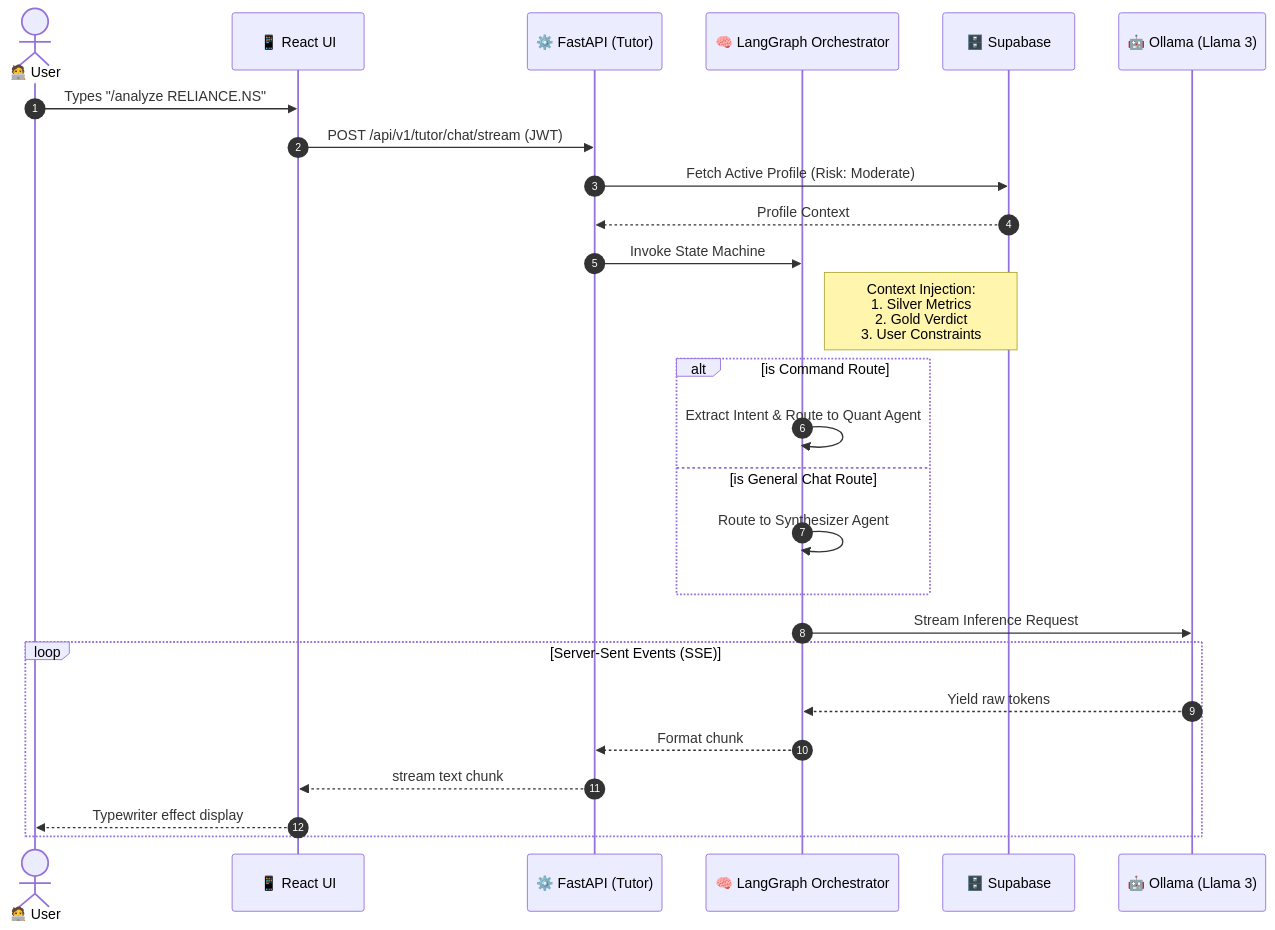
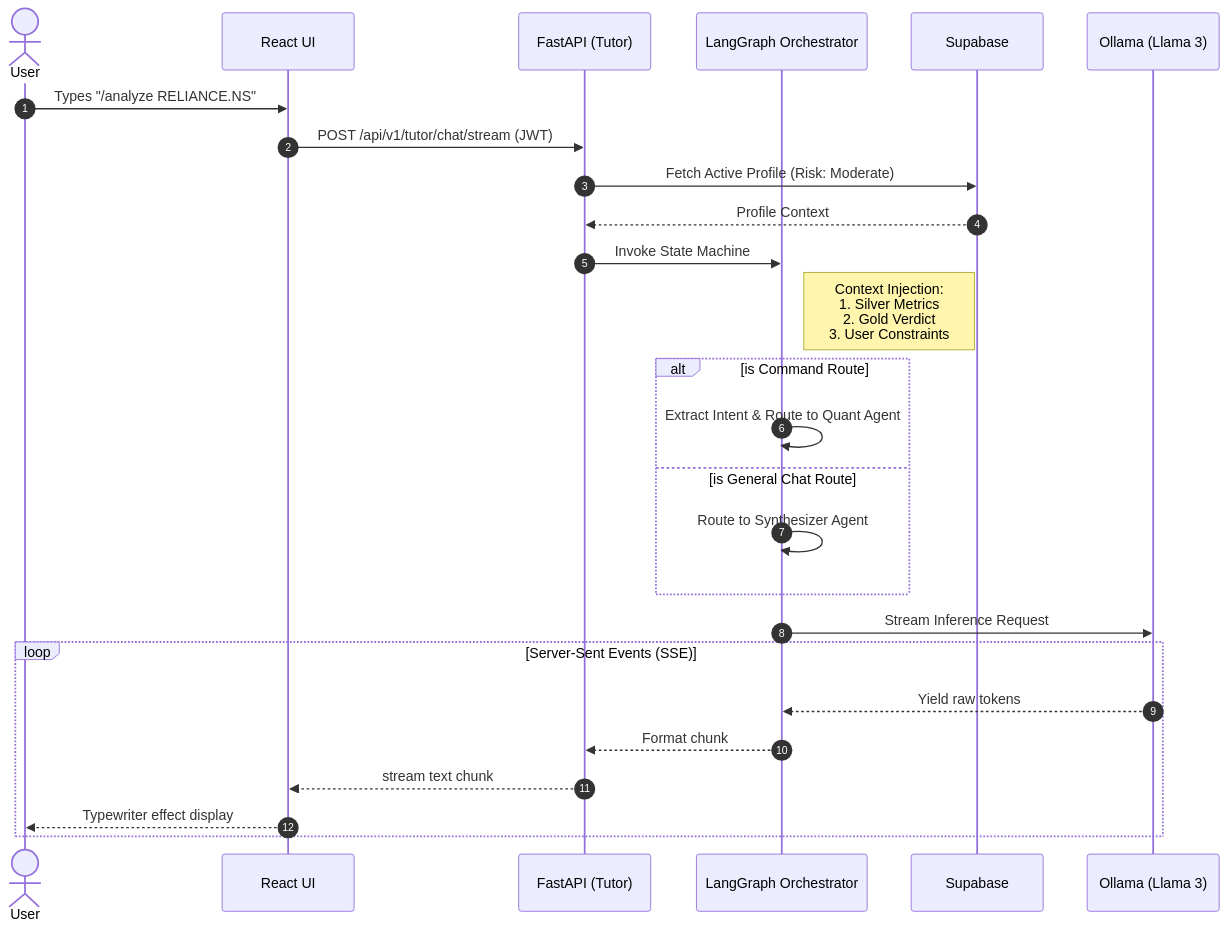
The second of 4 diagrams in README.md (gh0gale/INVR), drawn with Mermaid before and after one commit. The commit also changed other lines of this file, not shown here.

````diff
--- a/README.md
+++ b/README.md
@@ -54,33 +54,33 @@
 ```mermaid
 sequenceDiagram
     autonumber
-    actor U as 🧑‍💻 User
-    participant UI as 📱 React UI
-    participant API as ⚙️ FastAPI (Tutor)
-    participant LG as 🧠 LangGraph Orchestrator
-    participant DB as 🗄️ Supabase
-    participant LLM as 🤖 Ollama (Llama 3)
+    actor U as  User
+    participant UI as  React UI
+    participant API as  FastAPI (Tutor)
+    participant LG as  LangGraph Orchestrator
+    participant DB as  Supabase
+    participant LLM as  Ollama (Llama 3)
     
     U->>UI: Types "/analyze RELIANCE.NS"
     UI->>API: POST /api/v1/tutor/chat/stream (JWT)
     API->>DB: Fetch Active Profile (Risk: Moderate)
     DB-->>API: Profile Context
     
     API->>LG: Invoke State Machine
     note right of LG: Context Injection:<br/>1. Silver Metrics<br/>2. Gold Verdict<br/>3. User Constraints
     
     alt is Command Route
         LG->>LG: Extract Intent & Route to Quant Agent
     else is General Chat Route
         LG->>LG: Route to Synthesizer Agent
     end
     
     LG->>LLM: Stream Inference Request
     
     loop Server-Sent Events (SSE)
         LLM-->>LG: Yield raw tokens
         LG-->>API: Format chunk
         API-->>UI: stream text chunk
         UI-->>U: Typewriter effect display
     end
 ```
````
